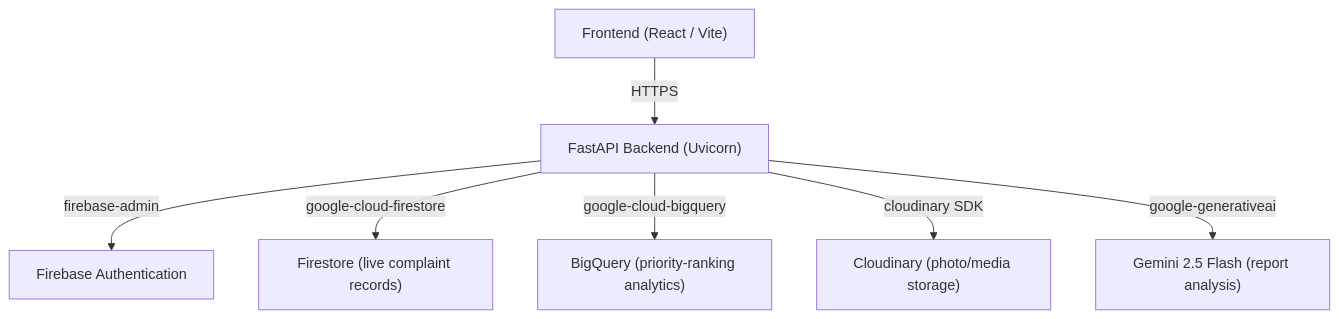
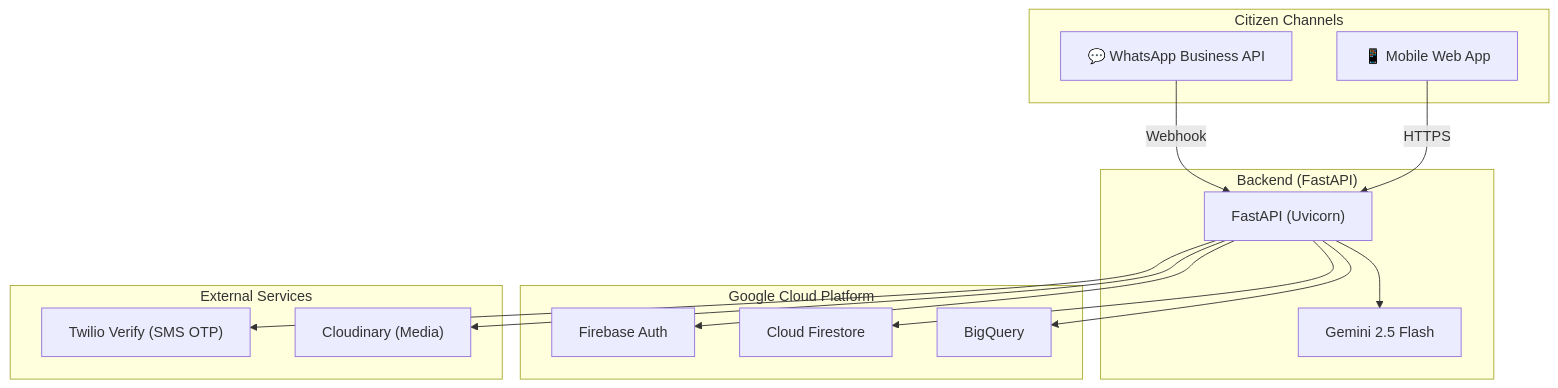
One commit to Harshit-Awasthi-05/Jan-Awaaz-AI changed the first of 4 diagrams in README.md. Above: the diagram before and after it, drawn with Mermaid. The commit also changed other lines of this file and 21 other files, not shown here.

Commit message:
feat: implement full-stack Jan Awaaz AI platform with FastAPI, Firebase, BigQuery, and multilingual frontend components.

````diff
--- a/README.md
+++ b/README.md
@@ -25,9 +29,32 @@
 ```mermaid
 graph TD
-    Client["Frontend (React / Vite)"] -->|HTTPS| API["FastAPI Backend (Uvicorn)"]
-    API -->|firebase-admin| Auth["Firebase Authentication"]
-    API -->|google-cloud-firestore| Firestore["Firestore (live complaint records)"]
-    API -->|google-cloud-bigquery| BQ["BigQuery (priority-ranking analytics)"]
-    API -->|cloudinary SDK| Media["Cloudinary (photo/media storage)"]
-    API -->|google-generativeai| Gemini["Gemini 2.5 Flash (report analysis)"]
+    subgraph "Citizen Channels"
+        App["📱 Mobile Web App"]
+        WA["💬 WhatsApp Business API"]
+    end
+
+    subgraph "Backend (FastAPI)"
+        API["FastAPI (Uvicorn)"]
+        AI["Gemini 2.5 Flash"]
+    end
+
+    subgraph "Google Cloud Platform"
+        Auth["Firebase Auth"]
+        FS["Cloud Firestore"]
+        BQ["BigQuery"]
+    end
+
+    subgraph "External Services"
+        Twilio["Twilio Verify (SMS OTP)"]
+        Cloud["Cloudinary (Media)"]
+    end
+
+    App -->|HTTPS| API
+    WA -->|Webhook| API
+    API --> AI
+    API --> Auth
+    API --> FS
+    API --> BQ
+    API --> Cloud
+    API --> Twilio
 ```
````
